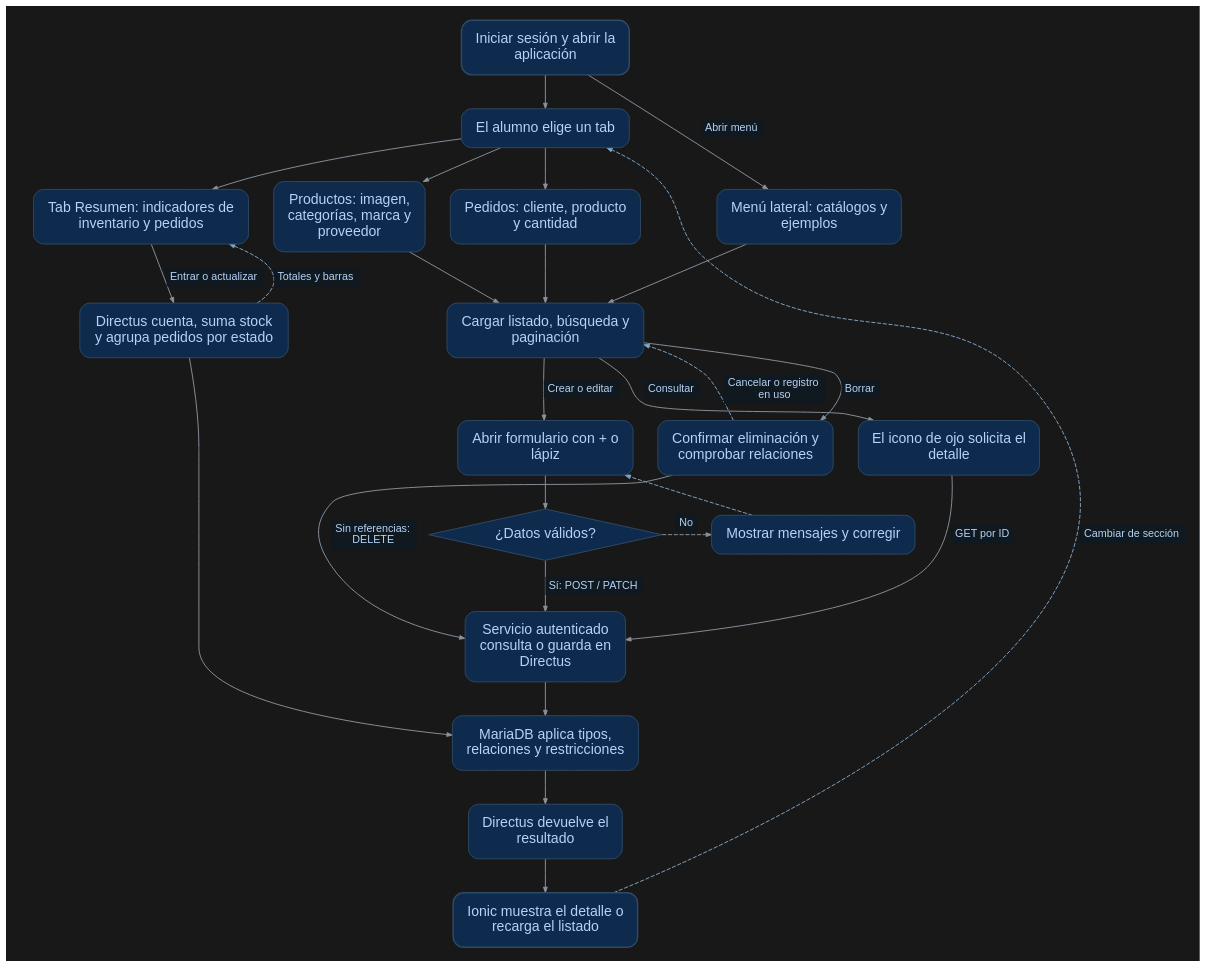
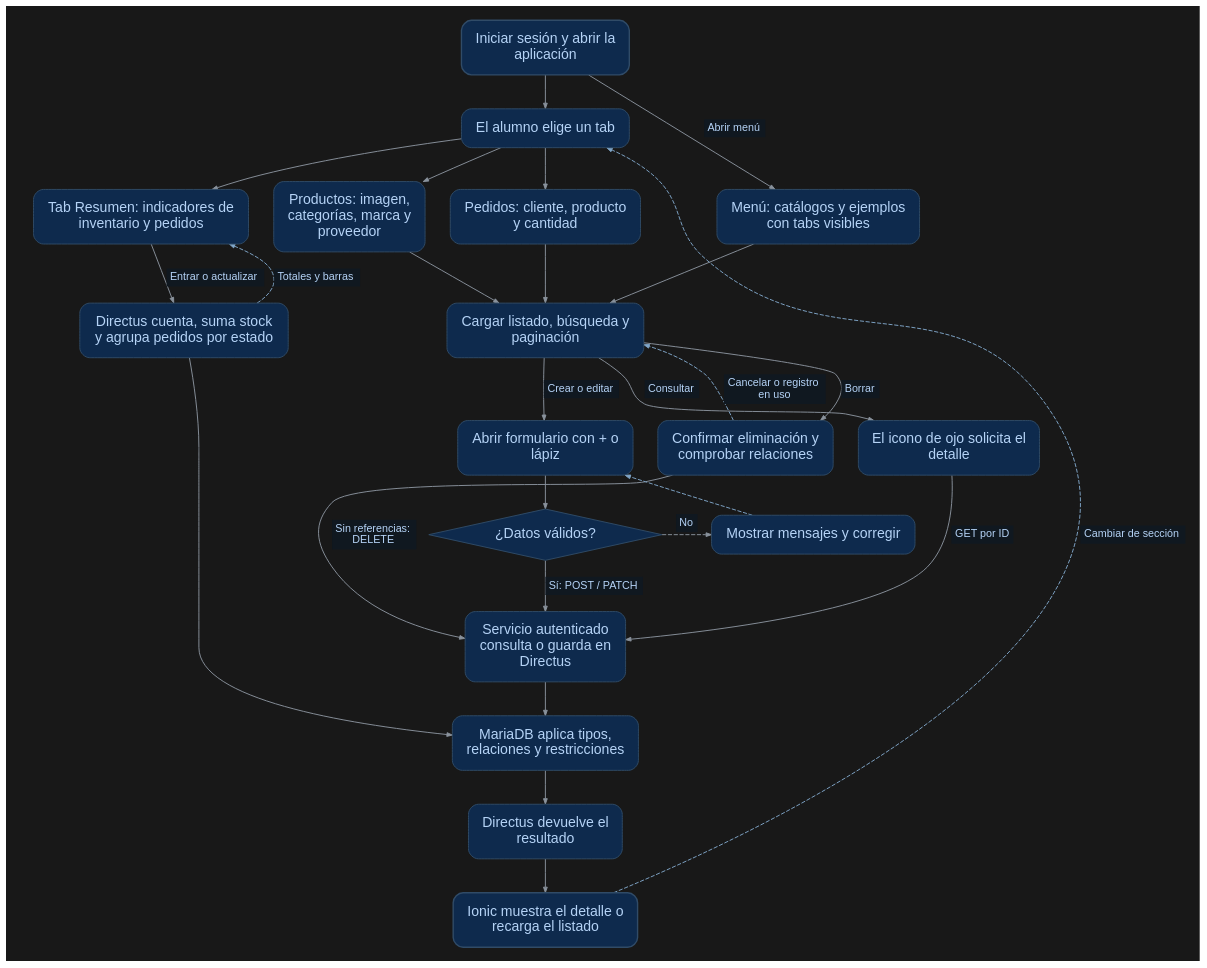
One commit to JonathanDeLaCruz/docker_moviles changed the diagram in docs/manuales/recursos/flujos/18-tabs.dot. Above: the diagram before and after it, drawn with Graphviz. The commit also changed 21 other files, not shown here.

Commit message:
Mantiene tabs visibles en todos los catálogos y actualiza evidencias

```diff
--- a/docs/manuales/recursos/flujos/18-tabs.dot
+++ b/docs/manuales/recursos/flujos/18-tabs.dot
@@ -1,50 +1,50 @@
 digraph Flujo {
   graph [rankdir=TB, bgcolor="#181818", pad="0.24", nodesep="0.42", ranksep="0.55", splines=spline, outputorder=edgesfirst];
   node [shape=box, style="rounded,filled", fillcolor="#0e2a4d", color="#304b67", fontcolor="#b5d3f6", fontname="Arial", fontsize=17, penwidth=1.15, margin="0.22,0.20"];
   edge [color="#89929c", fontcolor="#b5d3f6", fontname="Arial", fontsize=13, arrowsize=0.65, penwidth=1.15];
   entrar [label="Iniciar sesión y abrir la\naplicación", group=main, penwidth=1.7];
   tabs [label="El alumno elige un tab", group=main];
   productos [label="Productos: imagen,\ncategorías, marca y\nproveedor"];
   pedidos [label="Pedidos: cliente, producto\ny cantidad", group=main];
-  catalogos [label="Menú lateral: catálogos y\nejemplos"];
+  catalogos [label="Menú: catálogos y ejemplos\ncon tabs visibles"];
   lista [label="Cargar listado, búsqueda y\npaginación", group=main];
   form [label="Abrir formulario con + o\nlápiz", group=main];
   detalle [label="El icono de ojo solicita el\ndetalle"];
   eliminar [label="Confirmar eliminación y\ncomprobar relaciones"];
   valido [label="¿Datos válidos?", group=main, shape=diamond, style=filled, margin="0.12,0.08"];
   corregir [label="Mostrar mensajes y corregir"];
   api [label="Servicio autenticado\nconsulta o guarda en\nDirectus", group=main];
   db [label="MariaDB aplica tipos,\nrelaciones y restricciones", group=main];
   respuesta [label="Directus devuelve el\nresultado", group=main];
   mostrar [label="Ionic muestra el detalle o\nrecarga el listado", group=main, penwidth=1.7];
   resumen [label="Tab Resumen: indicadores de\ninventario y pedidos"];
   agregados [label="Directus cuenta, suma stock\ny agrupa pedidos por estado"];
   subgraph cluster_row0 { style=invis; margin=8; {rank=same; productos; pedidos; resumen;} }
   subgraph cluster_row1 { style=invis; margin=8; {rank=same; form; detalle; eliminar;} }
   subgraph cluster_row2 { style=invis; margin=8; {rank=same; valido; corregir;} }
   entrar -> tabs [weight=12];
   tabs -> productos;
   tabs -> pedidos [weight=12];
   productos -> lista;
   pedidos -> lista [weight=12];
   catalogos -> lista;
   lista -> form [weight=12, label=<<TABLE BORDER="0" CELLBORDER="0" COLOR="#304b67" BGCOLOR="#101820" CELLPADDING="4" CELLSPACING="0" ><TR><TD>Crear o editar</TD></TR></TABLE>>];
   lista -> detalle [label=<<TABLE BORDER="0" CELLBORDER="0" COLOR="#304b67" BGCOLOR="#101820" CELLPADDING="4" CELLSPACING="0" ><TR><TD>Consultar</TD></TR></TABLE>>];
   lista -> eliminar [label=<<TABLE BORDER="0" CELLBORDER="0" COLOR="#304b67" BGCOLOR="#101820" CELLPADDING="4" CELLSPACING="0" ><TR><TD>Borrar</TD></TR></TABLE>>];
   form -> valido [weight=12];
   valido -> corregir [label=<<TABLE BORDER="0" CELLBORDER="0" COLOR="#304b67" BGCOLOR="#101820" CELLPADDING="4" CELLSPACING="0" ><TR><TD>No</TD></TR></TABLE>>, style=dashed];
   corregir -> form [constraint=false, style=dashed, color="#80a6c9"];
   valido -> api [weight=12, label=<<TABLE BORDER="0" CELLBORDER="0" COLOR="#304b67" BGCOLOR="#101820" CELLPADDING="4" CELLSPACING="0" ><TR><TD>Sí: POST / PATCH</TD></TR></TABLE>>];
   detalle -> api [label=<<TABLE BORDER="0" CELLBORDER="0" COLOR="#304b67" BGCOLOR="#101820" CELLPADDING="4" CELLSPACING="0" ><TR><TD>GET por ID</TD></TR></TABLE>>];
   api -> db [weight=12];
   db -> respuesta [weight=12];
   respuesta -> mostrar [weight=12];
   mostrar -> tabs [label=<<TABLE BORDER="0" CELLBORDER="0" COLOR="#304b67" BGCOLOR="#101820" CELLPADDING="4" CELLSPACING="0" ><TR><TD>Cambiar de sección</TD></TR></TABLE>>, constraint=false, style=dashed, color="#80a6c9"];
   eliminar -> api [label=<<TABLE BORDER="0" CELLBORDER="0" COLOR="#304b67" BGCOLOR="#101820" CELLPADDING="4" CELLSPACING="0" ><TR><TD>Sin referencias:<BR/>DELETE</TD></TR></TABLE>>];
   eliminar -> lista [label=<<TABLE BORDER="0" CELLBORDER="0" COLOR="#304b67" BGCOLOR="#101820" CELLPADDING="4" CELLSPACING="0" ><TR><TD>Cancelar o registro<BR/>en uso</TD></TR></TABLE>>, constraint=false, style=dashed, color="#80a6c9"];
   entrar -> catalogos [label=<<TABLE BORDER="0" CELLBORDER="0" COLOR="#304b67" BGCOLOR="#101820" CELLPADDING="4" CELLSPACING="0" ><TR><TD>Abrir menú</TD></TR></TABLE>>];
   tabs -> resumen;
   resumen -> agregados [label=<<TABLE BORDER="0" CELLBORDER="0" COLOR="#304b67" BGCOLOR="#101820" CELLPADDING="4" CELLSPACING="0" ><TR><TD>Entrar o actualizar</TD></TR></TABLE>>];
   agregados -> db;
   agregados -> resumen [label=<<TABLE BORDER="0" CELLBORDER="0" COLOR="#304b67" BGCOLOR="#101820" CELLPADDING="4" CELLSPACING="0" ><TR><TD>Totales y barras</TD></TR></TABLE>>, constraint=false, style=dashed, color="#80a6c9"];
 }
```
